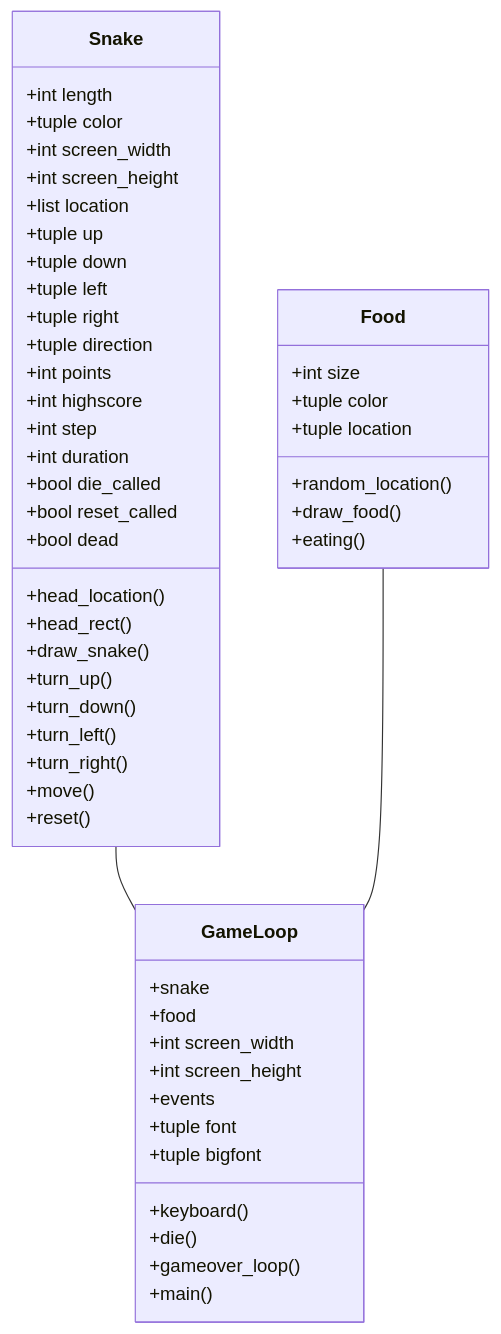
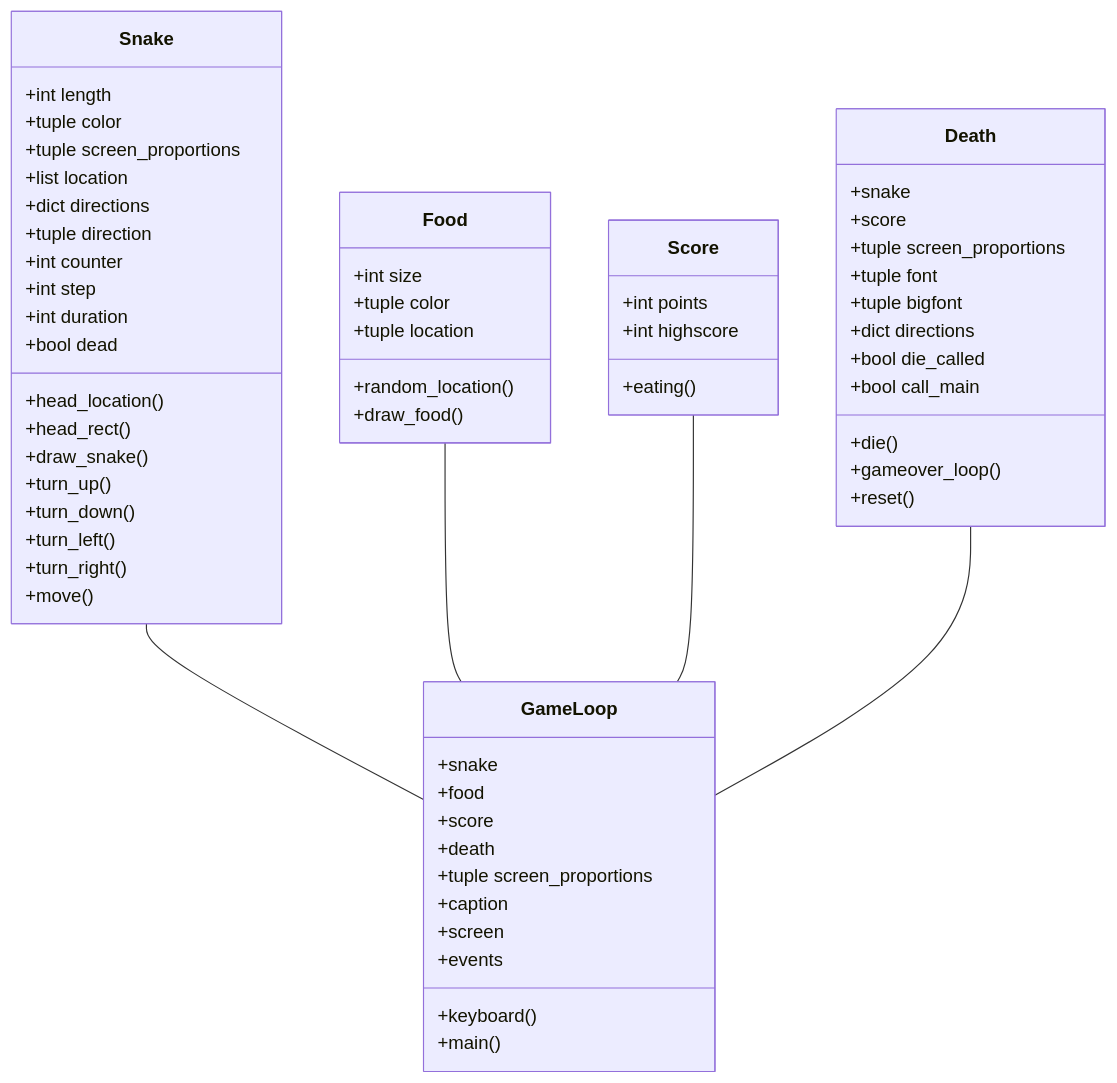
One commit to lottapispa/ot-harjoitystyo changed the first of 3 diagrams in dokumentaatio/arkkitehtuuri.md. Above: the diagram before and after it, drawn with Mermaid.

````diff
--- a/dokumentaatio/arkkitehtuuri.md
+++ b/dokumentaatio/arkkitehtuuri.md
@@ -6,54 +6,64 @@
 ```mermaid
 classDiagram
     Snake -- GameLoop
     Food -- GameLoop
+    Score -- GameLoop
+    Death -- GameLoop
     class Snake{
         +int length
         +tuple color
-        +int screen_width
-        +int screen_height
+        +tuple screen_proportions
         +list location
-        +tuple up
-        +tuple down
-        +tuple left
-        +tuple right
+        +dict directions
         +tuple direction
-        +int points
-        +int highscore
+        +int counter
         +int step
         +int duration
-        +bool die_called
-        +bool reset_called
         +bool dead
         +head_location()
         +head_rect()
         +draw_snake()
         +turn_up()
         +turn_down()
         +turn_left()
         +turn_right()
         +move()
-        +reset()
     }
     class Food{
         +int size
         +tuple color
         +tuple location
         +random_location()
         +draw_food()
+    }
+    class Score{
+        +int points
+        +int highscore
         +eating()
+    }
+    class Death{
+        +snake
+        +score
+        +tuple screen_proportions
+        +tuple font
+        +tuple bigfont
+        +dict directions
+        +bool die_called
+        +bool call_main
+        +die()
+        +gameover_loop()
+        +reset()
     }
     class GameLoop{
         +snake
         +food
-        +int screen_width
-        +int screen_height
+        +score
+        +death
+        +tuple screen_proportions
+        +caption
+        +screen
         +events
-        +tuple font
-        +tuple bigfont
         +keyboard()
-        +die()
-        +gameover_loop()
         +main()
     }
 ```
````
